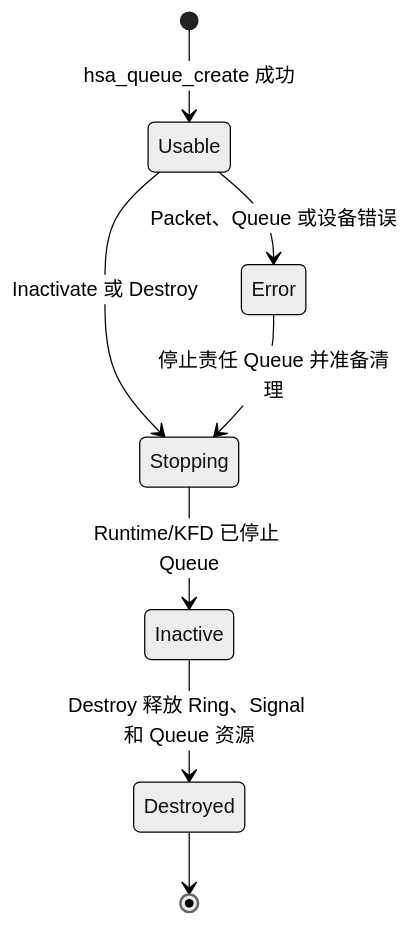
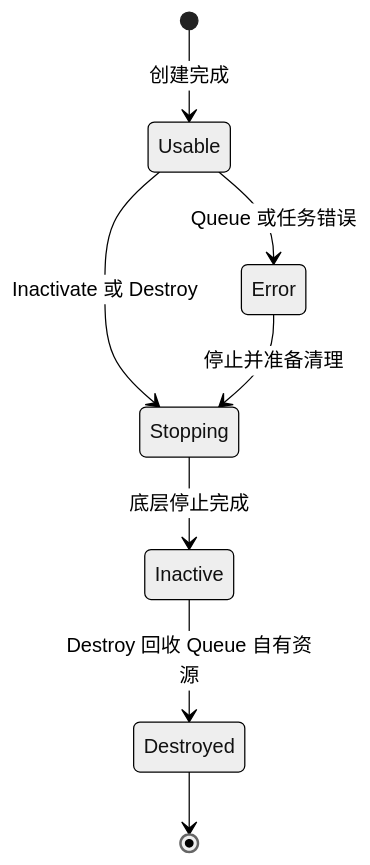
Before and after one commit to hxfei-git/gpu-study: the ninth of 13 diagrams in 03_AMD GPU 队列与 AQL Dispatch.md, drawn with Mermaid (neutral theme). The commit also changed other lines of this file and 1 other file, not shown here.

Commit message:
docs(queue): streamline dispatch chapters and knowledge lookup

````diff
--- a/03_AMD GPU 队列与 AQL Dispatch.md
+++ b/03_AMD GPU 队列与 AQL Dispatch.md
@@ -4145,10 +3413,10 @@
 ```mermaid
 stateDiagram-v2
-    [*] --> Usable: hsa_queue_create 成功
-    Usable --> Error: Packet、Queue 或设备错误
+    [*] --> Usable: 创建完成
     Usable --> Stopping: Inactivate 或 Destroy
-    Error --> Stopping: 停止责任 Queue 并准备清理
-    Stopping --> Inactive: Runtime/KFD 已停止 Queue
-    Inactive --> Destroyed: Destroy 释放 Ring、Signal 和 Queue 资源
+    Usable --> Error: Queue 或任务错误
+    Error --> Stopping: 停止并准备清理
+    Stopping --> Inactive: 底层停止完成
+    Inactive --> Destroyed: Destroy 回收 Queue 自有资源
     Destroyed --> [*]
 ```
````
